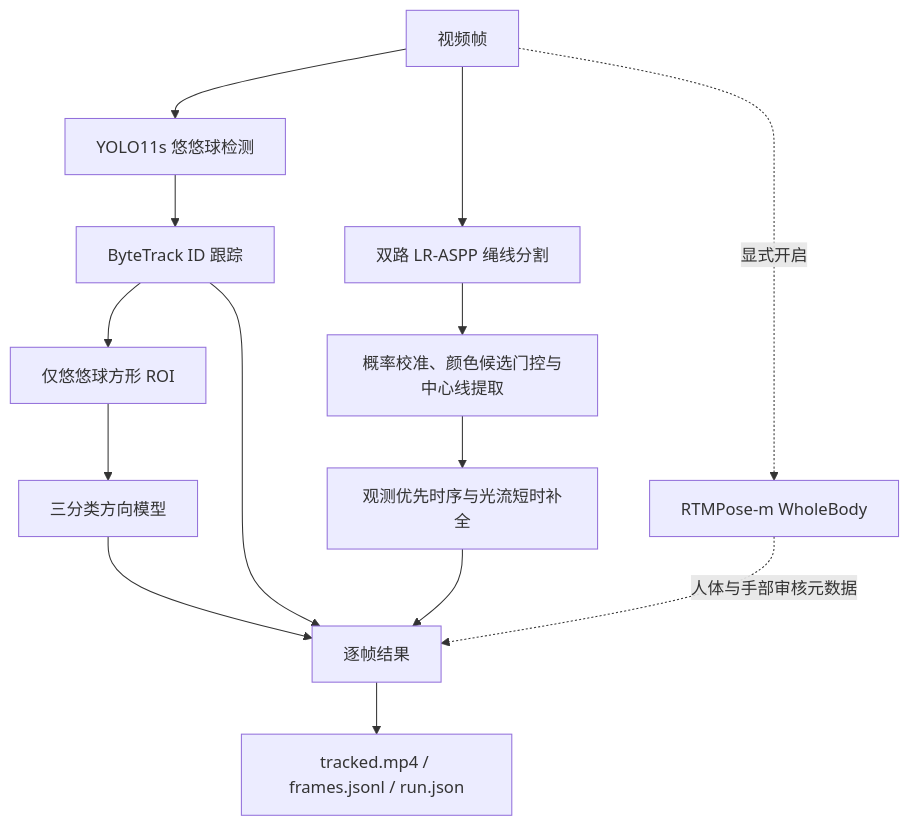
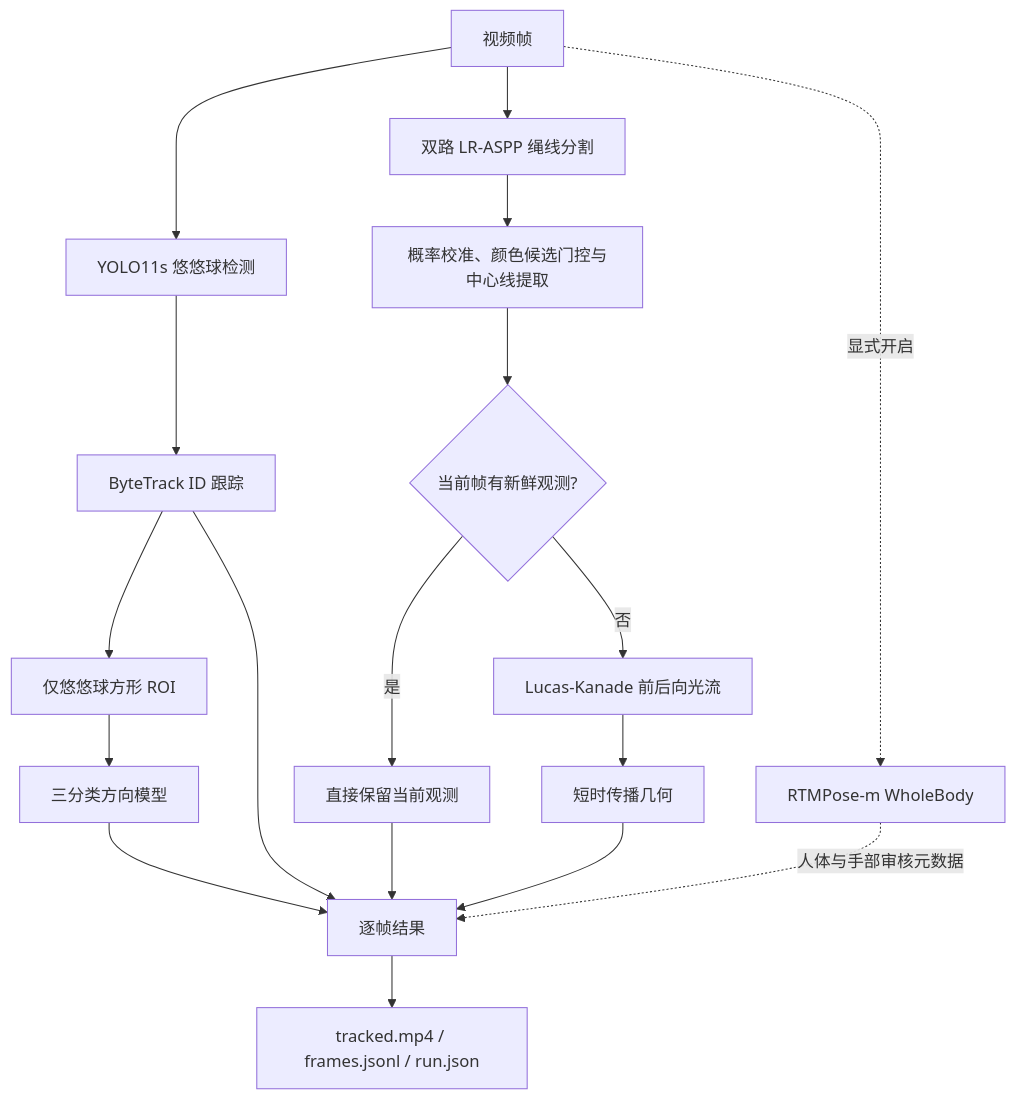
Before and after one commit to EvannZhongg/YoYo-Model: the sixth of 6 diagrams in reports/architecture_pipeline.md, drawn with Mermaid. The commit also changed other lines of this file and 8 other files, not shown here.

Commit message:
defer string optical flow to observation gaps

````diff
--- a/reports/architecture_pipeline.md
+++ b/reports/architecture_pipeline.md
@@ -185,20 +185,24 @@
 ```mermaid
 flowchart TD
     A[视频帧] --> B[YOLO11s 悠悠球检测]
     B --> C[ByteTrack ID 跟踪]
 
     A --> D[双路 LR-ASPP 绳线分割]
     D --> E[概率校准、颜色候选门控与中心线提取]
-    E --> F[观测优先时序与光流短时补全]
+    E --> Q{当前帧有新鲜观测?}
+    Q -->|是| F[直接保留当前观测]
+    Q -->|否| R[Lucas-Kanade 前后向光流]
+    R --> P[短时传播几何]
 
     C --> G[仅悠悠球方形 ROI]
     G --> H[三分类方向模型]
 
     A -. 显式开启 .-> I[RTMPose-m WholeBody]
     I -. 人体与手部审核元数据 .-> J
 
     C --> J[逐帧结果]
     F --> J
+    P --> J
     H --> J
     J --> K[tracked.mp4 / frames.jsonl / run.json]
 ```
````
